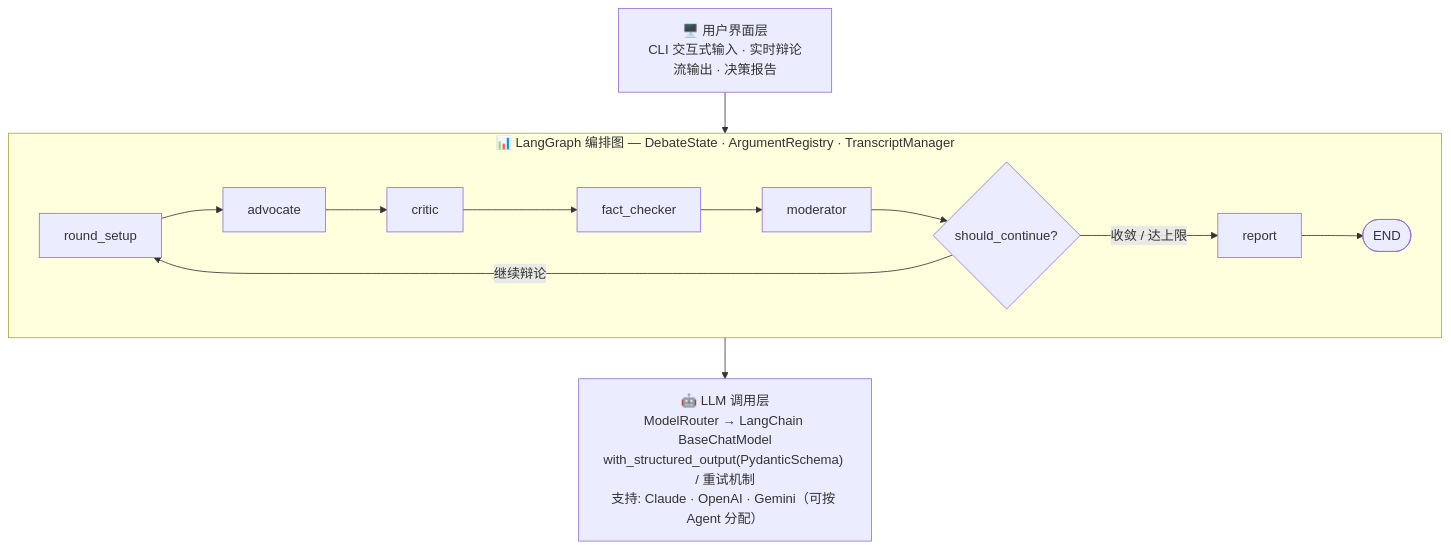
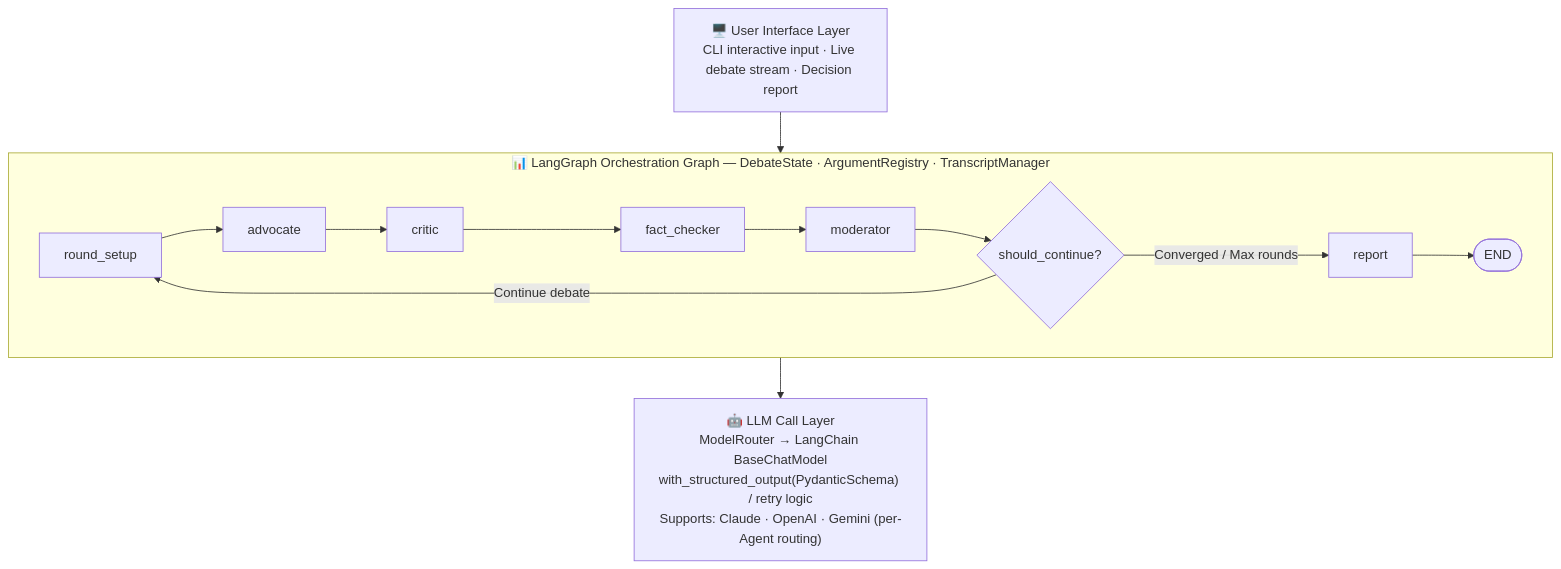
One commit to CAgcoder/MaverickJ changed the first of 3 diagrams in README.md. Above: the diagram before and after it, drawn with Mermaid. The commit also changed other lines of this file and 30 other files, not shown here.

First line of the commit message:
Refactor output and schema documentation for clarity and consistency

````diff
--- a/README.md
+++ b/README.md
@@ -223,21 +222,21 @@
 ```mermaid
 %%{init: {"flowchart": {"useMaxWidth": true}}}%%
 flowchart TD
-    UI["🖥️ 用户界面层\nCLI 交互式输入 · 实时辩论流输出 · 决策报告"]
-    LLM["🤖 LLM 调用层\nModelRouter → LangChain BaseChatModel\nwith_structured_output(PydanticSchema) / 重试机制\n支持: Claude · OpenAI · Gemini（可按 Agent 分配）"]
+    UI["🖥️ User Interface Layer\nCLI interactive input · Live debate stream · Decision report"]
+    LLM["🤖 LLM Call Layer\nModelRouter → LangChain BaseChatModel\nwith_structured_output(PydanticSchema) / retry logic\nSupports: Claude · OpenAI · Gemini (per-Agent routing)"]
 
     UI --> GRAPH_DETAIL
     GRAPH_DETAIL --> LLM
 
-    subgraph GRAPH_DETAIL["📊 LangGraph 编排图 — DebateState · ArgumentRegistry · TranscriptManager"]
+    subgraph GRAPH_DETAIL["📊 LangGraph Orchestration Graph — DebateState · ArgumentRegistry · TranscriptManager"]
         direction LR
         RS[round_setup] --> ADV[advocate]
         ADV --> CRT[critic]
         CRT --> FC[fact_checker]
         FC --> MOD[moderator]
         MOD --> COND{should_continue?}
-        COND -->|继续辩论| RS
-        COND -->|收敛 / 达上限| RPT[report]
+        COND -->|Continue debate| RS
+        COND -->|Converged / Max rounds| RPT[report]
         RPT --> END([END])
     end
 ```
````
